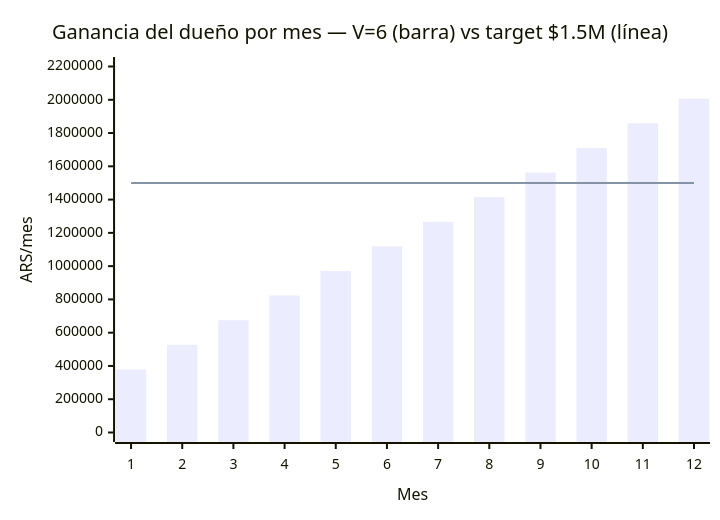
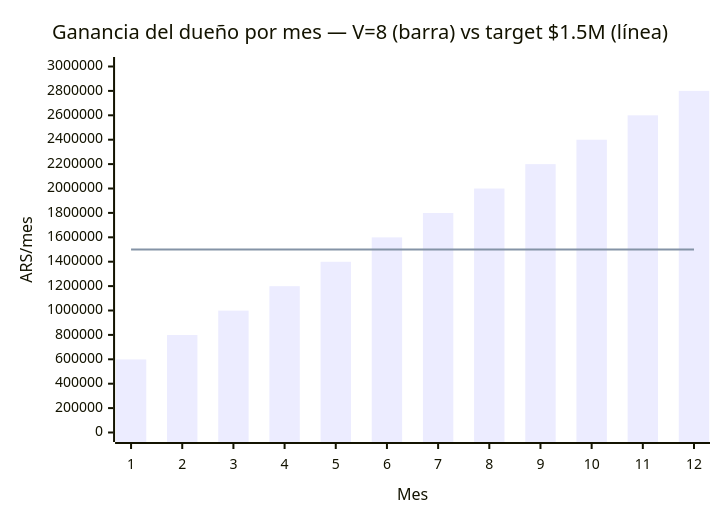
Before and after one commit to dantofema/comercial: the first of 3 diagrams in vinotecas/lsp-vendedor.md, drawn with Mermaid. The commit also changed other lines of this file, not shown here.

````diff
--- a/vinotecas/lsp-vendedor.md
+++ b/vinotecas/lsp-vendedor.md
@@ -117,8 +115,8 @@
 ```mermaid
 xychart-beta
-    title "Ganancia del dueño por mes — V=6 (barra) vs target $1.5M (línea)"
+    title "Ganancia del dueño por mes — V=8 (barra) vs target $1.5M (línea)"
     x-axis "Mes" [1,2,3,4,5,6,7,8,9,10,11,12]
-    y-axis "ARS/mes" 0 --> 2200000
-    bar [379500,527400,675300,823200,971100,1119000,1266900,1414800,1562700,1710600,1858500,2006400]
+    y-axis "ARS/mes" 0 --> 3000000
+    bar [598900,799000,999100,1199200,1399300,1599400,1799500,1999600,2199700,2399800,2599900,2800000]
     line [1500000,1500000,1500000,1500000,1500000,1500000,1500000,1500000,1500000,1500000,1500000,1500000]
 ```
````
